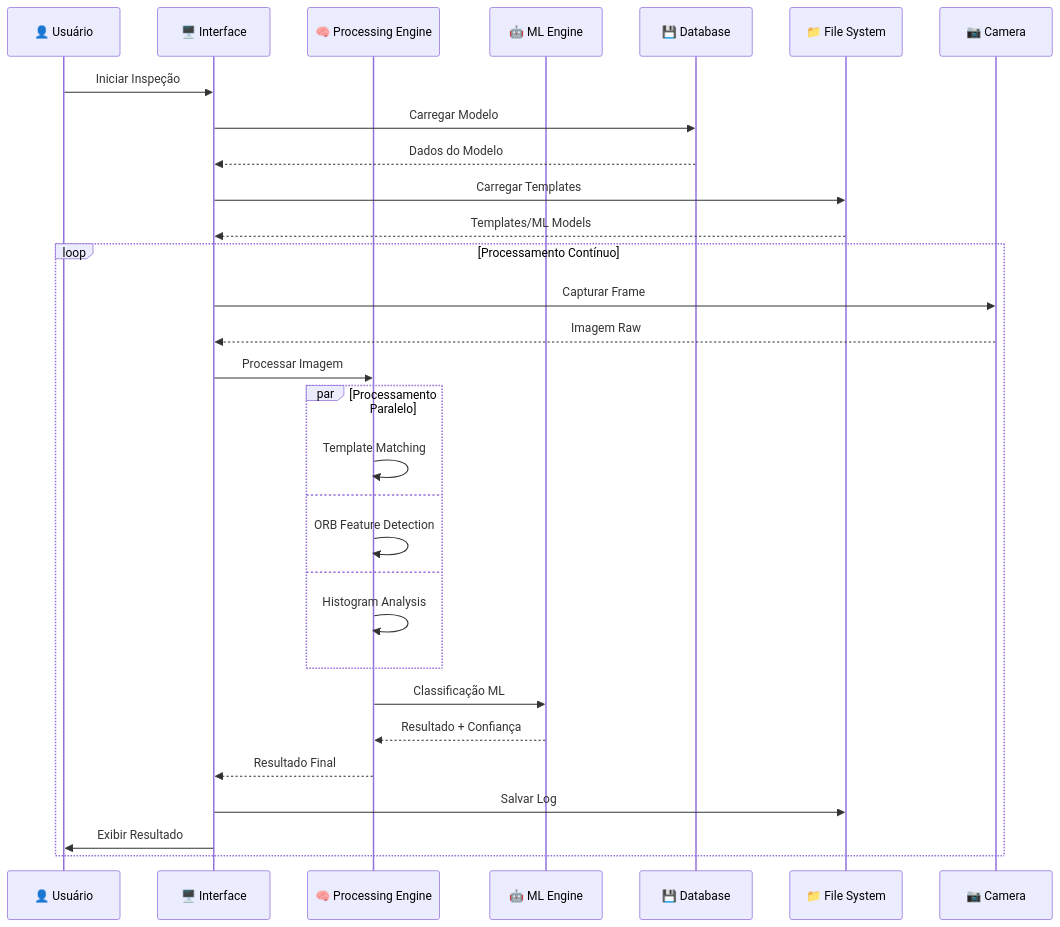
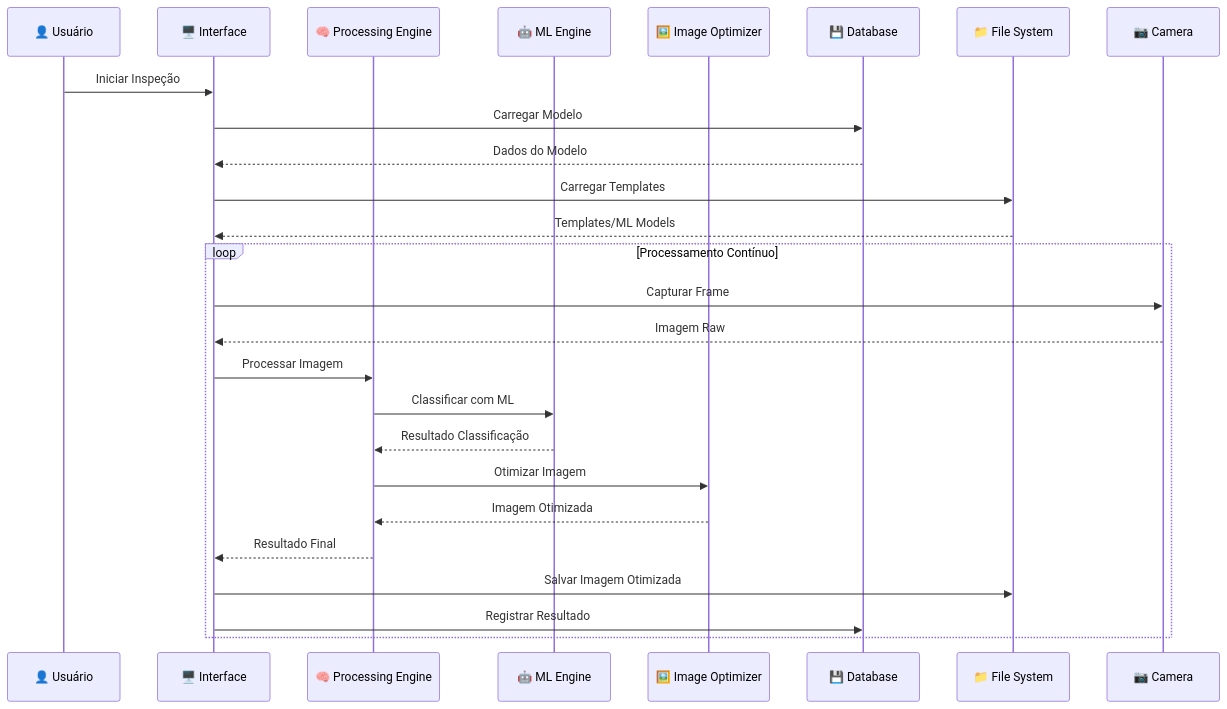
Before and after one commit to walterrvf/DX-Project-Cursor-: the second of 2 diagrams in DOCUMENTACAO_TECNICA.md, drawn with Mermaid. The commit also changed other lines of this file, not shown here.

First line of the commit message:
COMPLETAR: Documentação Técnica 100% atualizada com todas as seções

````diff
--- a/DOCUMENTACAO_TECNICA.md
+++ b/DOCUMENTACAO_TECNICA.md
@@ -81,36 +89,30 @@
 ```mermaid
 sequenceDiagram
     participant U as 👤 Usuário
     participant UI as 🖥️ Interface
     participant PE as 🧠 Processing Engine
     participant ML as 🤖 ML Engine
+    participant IO as 🖼️ Image Optimizer
     participant DB as 💾 Database
     participant FS as 📁 File System
     participant CAM as 📷 Camera
     
     U->>UI: Iniciar Inspeção
     UI->>DB: Carregar Modelo
     DB-->>UI: Dados do Modelo
     UI->>FS: Carregar Templates
     FS-->>UI: Templates/ML Models
     
     loop Processamento Contínuo
         UI->>CAM: Capturar Frame
         CAM-->>UI: Imagem Raw
         UI->>PE: Processar Imagem
-        
-        par Processamento Paralelo
-            PE->>PE: Template Matching
-        and
-            PE->>PE: ORB Feature Detection
-        and
-            PE->>PE: Histogram Analysis
-        end
-        
-        PE->>ML: Classificação ML
-        ML-->>PE: Resultado + Confiança
+        PE->>ML: Classificar com ML
+        ML-->>PE: Resultado Classificação
+        PE->>IO: Otimizar Imagem
+        IO-->>PE: Imagem Otimizada
         PE-->>UI: Resultado Final
-        UI->>FS: Salvar Log
-        UI->>U: Exibir Resultado
+        UI->>FS: Salvar Imagem Otimizada
+        UI->>DB: Registrar Resultado
     end
 ```
````
